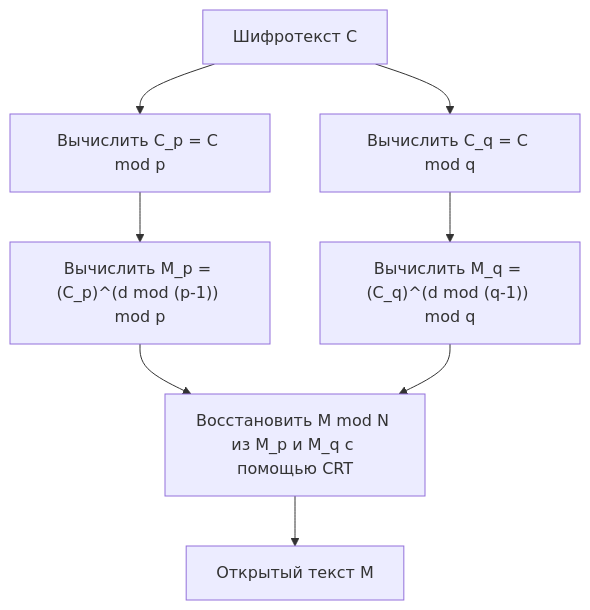
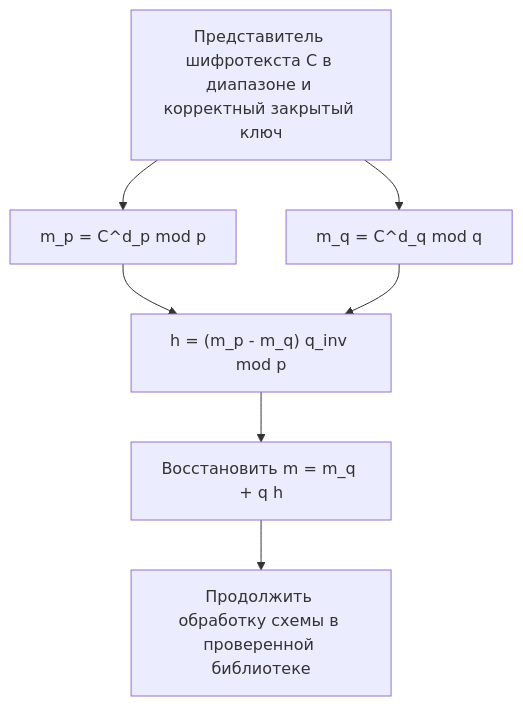
The diagram in content/post/chinese-remainder-theorem/index.ru.md (kenjinote/blog), drawn with Mermaid before and after one commit. The commit also changed other lines of this file and 6 other files, not shown here.

````diff
--- a/content/post/chinese-remainder-theorem/index.ru.md
+++ b/content/post/chinese-remainder-theorem/index.ru.md
@@ -127,10 +133,9 @@
 ```mermaid
-graph TD
-    A["Шифротекст C"] --> B["Вычислить C_p = C mod p"]
-    A --> C["Вычислить C_q = C mod q"]
-    B --> D["Вычислить M_p = (C_p)^(d mod (p-1)) mod p"]
-    C --> E["Вычислить M_q = (C_q)^(d mod (q-1)) mod q"]
-    D --> F["Восстановить M mod N из M_p и M_q с помощью CRT"]
-    E --> F
-    F --> G["Открытый текст M"]
+flowchart TD
+    A["Представитель шифротекста C в диапазоне и корректный закрытый ключ"] --> B["m_p = C^d_p mod p"]
+    A --> C["m_q = C^d_q mod q"]
+    B --> D["h = (m_p - m_q) q_inv mod p"]
+    C --> D
+    D --> E["Восстановить m = m_q + q h"]
+    E --> F["Продолжить обработку схемы в проверенной библиотеке"]
 ```
````
